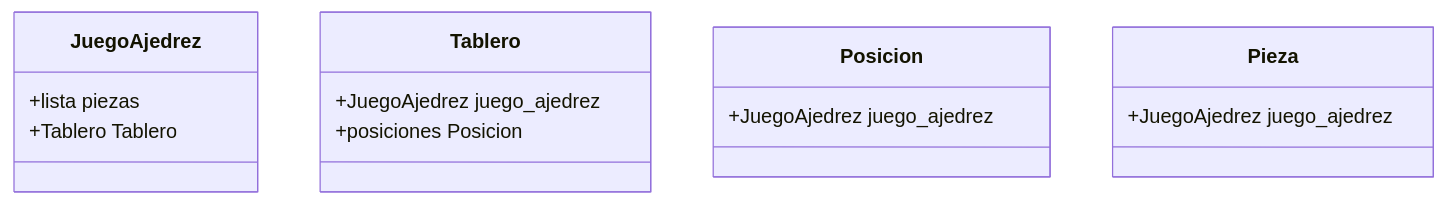
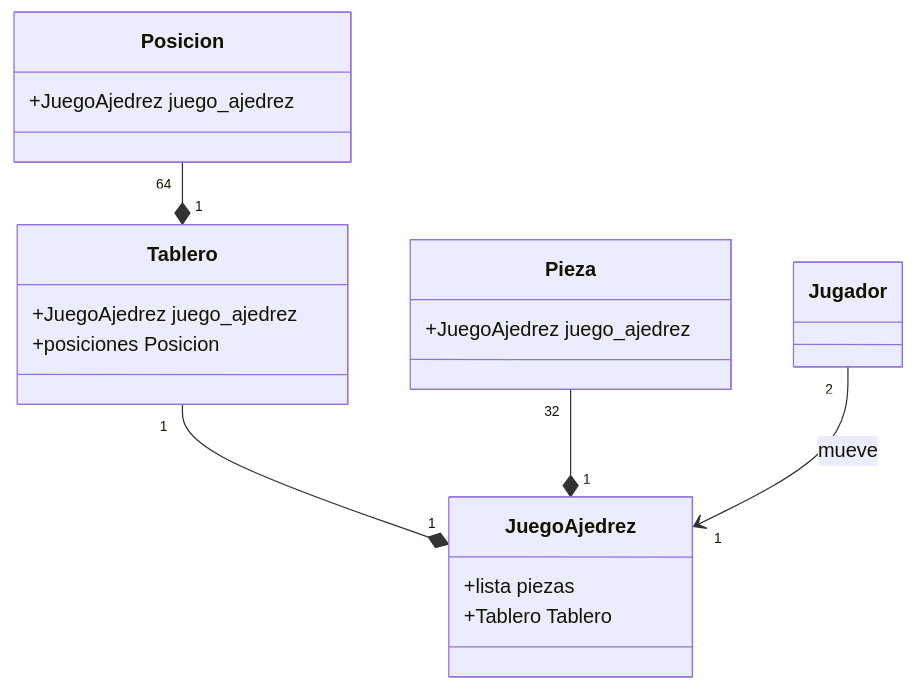
The diagram in README.md (fegonzalez7/poo_unal_clase5), drawn with Mermaid before and after one commit.

````diff
--- a/README.md
+++ b/README.md
@@ -86,14 +86,24 @@
 ```mermaid
 classDiagram
-    JuegoAjedrez
-    JuegoAjedrez: +lista piezas
-    JuegoAjedrez: +Tablero Tablero
-    Tablero
-    Tablero: +JuegoAjedrez juego_ajedrez
-    Tablero: +posiciones Posicion
-    Posicion
-    Posicion: +JuegoAjedrez juego_ajedrez
-    Pieza
-    Pieza: +JuegoAjedrez juego_ajedrez
-    Juegador
+    class JuegoAjedrez{
+        +lista piezas
+        +Tablero Tablero
+    }
+    class Tablero{
+        +JuegoAjedrez juego_ajedrez
+        +posiciones Posicion
+    }
+    class Posicion{
+        +JuegoAjedrez juego_ajedrez
+    }
+    class Pieza{
+        +JuegoAjedrez juego_ajedrez
+    }
+    class Jugador{
+        
+    }
+    Tablero"1" --* "1" JuegoAjedrez 
+    Posicion"64" --* "1" Tablero
+    Pieza"32" --* "1" JuegoAjedrez 
+    Jugador"2" --> "1" JuegoAjedrez : mueve
 ```
````
